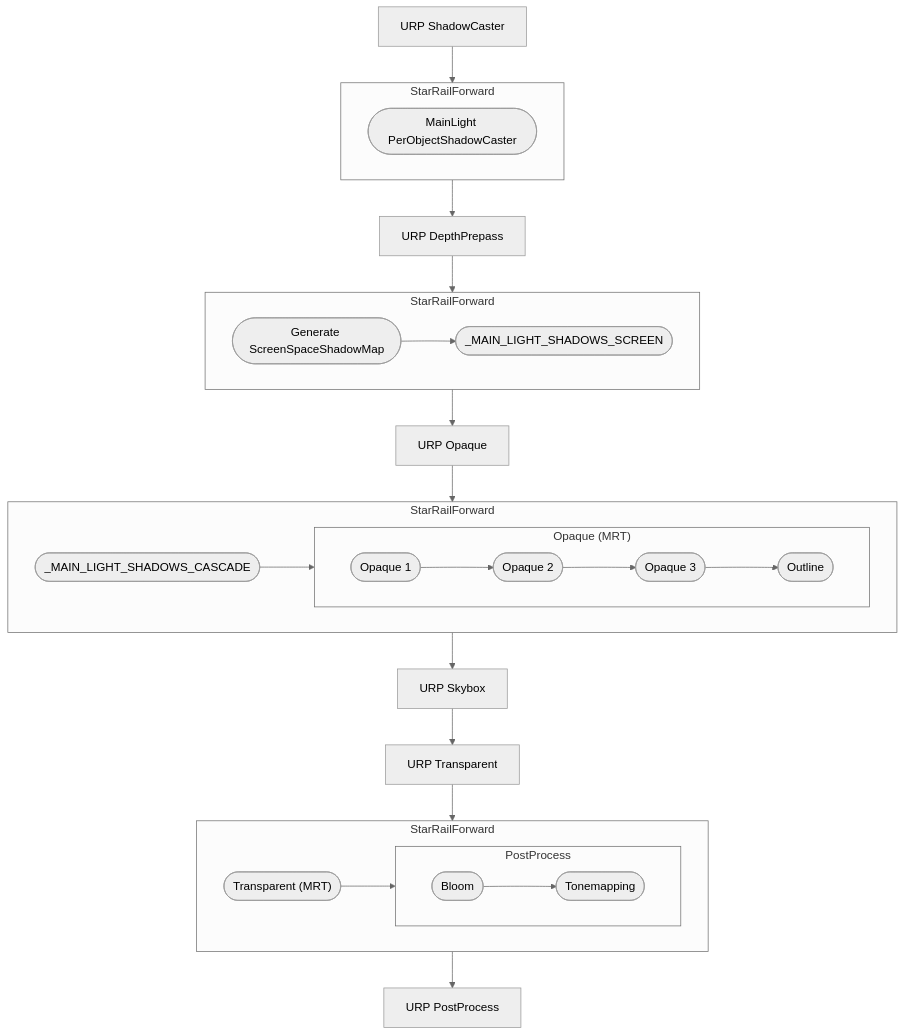
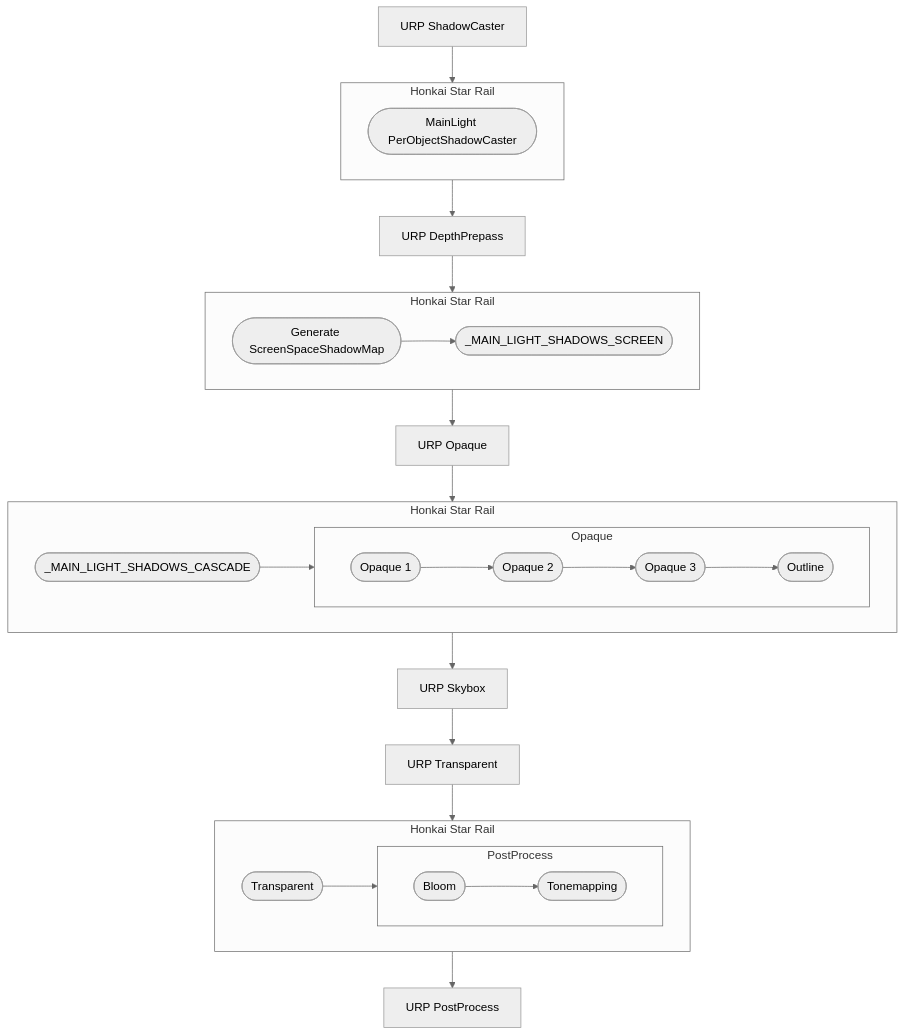
The diagram in Shaders/V2.0/SRUniversal-Include/StarRailNPRShader/Documentation~/en-us/a-rough-flow-chart-of-this-pipeline.md (Gaolingx/HonkaiStarRailToonShader), drawn with Mermaid (neutral theme) before and after one commit. The commit also changed other lines of this file and 56 other files, not shown here.

````diff
--- a/Shaders/V2.0/SRUniversal-Include/StarRailNPRShader/Documentation~/en-us/a-rough-flow-chart-of-this-pipeline.md
+++ b/Shaders/V2.0/SRUniversal-Include/StarRailNPRShader/Documentation~/en-us/a-rough-flow-chart-of-this-pipeline.md
@@ -5,46 +3,46 @@
 ``` mermaid
 flowchart TD
     URPShadowCaster[URP ShadowCaster] --> StarRail1
-    
-    subgraph StarRail1[StarRailForward]
+
+    subgraph StarRail1[Honkai Star Rail]
         PerObjShadowCaster([MainLight PerObjectShadowCaster])
     end
 
     StarRail1 --> URPDepthPrepass[URP DepthPrepass]
     URPDepthPrepass --> StarRail2
 
-    subgraph StarRail2[StarRailForward]
+    subgraph StarRail2[Honkai Star Rail]
         ScreenSpaceShadow([Generate ScreenSpaceShadowMap]) --> ScreenSpaceShadowKeyword
         ScreenSpaceShadowKeyword([_MAIN_LIGHT_SHADOWS_SCREEN])
     end
 
     StarRail2 --> URPOpaque[URP Opaque]
     URPOpaque --> StarRail3
 
-    subgraph StarRail3[StarRailForward]
+    subgraph StarRail3[Honkai Star Rail]
         CascadedShadow(["_MAIN_LIGHT_SHADOWS_CASCADE"])
         CascadedShadow --> SROpaque
 
-        subgraph SROpaque["Opaque (MRT)"]
+        subgraph SROpaque["Opaque"]
             direction LR
             SROpaque1([Opaque 1]) --> SROpaque2([Opaque 2])
             SROpaque2 --> SROpaque3([Opaque 3])
             SROpaque3 --> SROpaqueOutline([Outline])
         end
     end
 
     StarRail3 --> URPSkybox[URP Skybox]
     URPSkybox --> URPTransparent[URP Transparent]
     URPTransparent --> StarRail4
 
-    subgraph StarRail4[StarRailForward]
-        SRTransparent(["Transparent (MRT)"]) --> SRPost
-    
+    subgraph StarRail4[Honkai Star Rail]
+        SRTransparent(["Transparent"]) --> SRPost
+
         subgraph SRPost[PostProcess]
             direction LR
             SRBloom([Bloom]) --> SRTonemapping([Tonemapping])
         end
     end
 
     StarRail4 --> URPPost[URP PostProcess]
 ```
````
